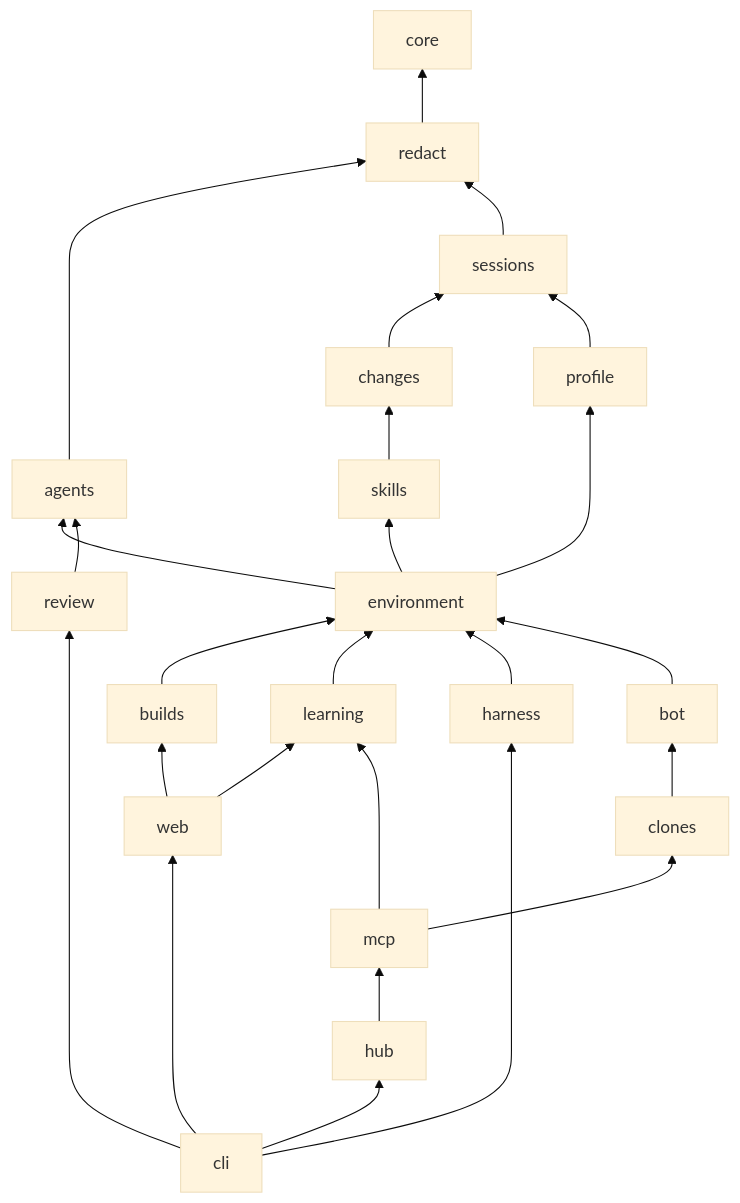
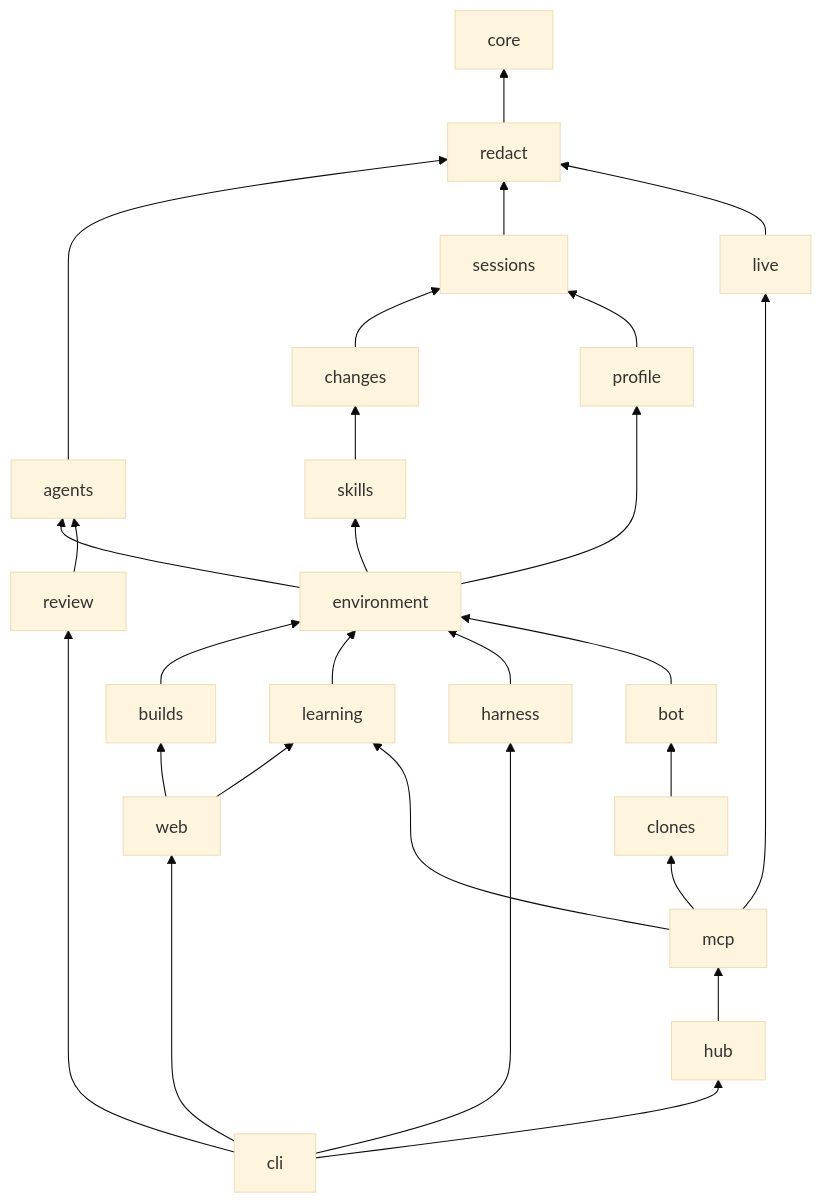
The first of 2 diagrams in docs/architecture/README.md (theonly1me/shadowclone), drawn with Mermaid (base theme) before and after one commit. The commit also changed other lines of this file and 58 other files, not shown here.

````diff
--- a/docs/architecture/README.md
+++ b/docs/architecture/README.md
@@ -38,27 +39,29 @@
 ```mermaid
 graph BT
   redact --> core
   agents --> redact
   sessions --> redact
   changes --> sessions
   skills --> changes
   profile --> sessions
   environment --> profile
   environment --> skills
   environment --> agents
   builds --> environment
   learning --> environment
   harness --> environment
   review --> agents
   bot --> environment
   web --> builds
   web --> learning
   mcp --> learning
   clones --> bot
   mcp --> clones
   hub --> mcp
+  live --> redact
+  mcp --> live
   cli --> hub
   cli --> web
   cli --> harness
   cli --> review
 ```
````
